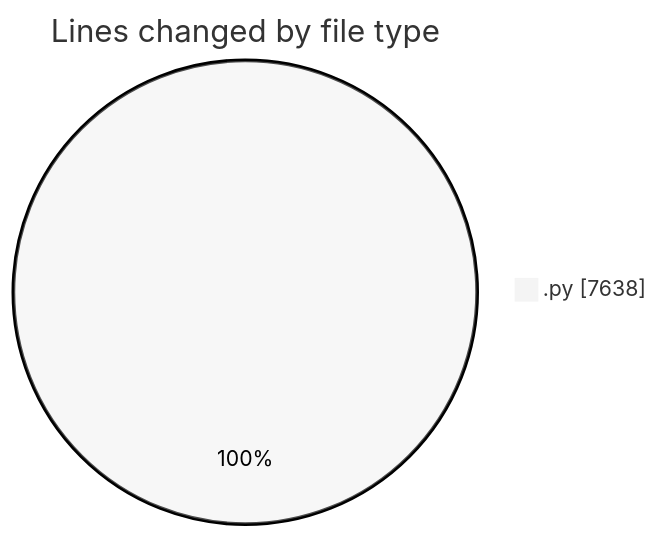
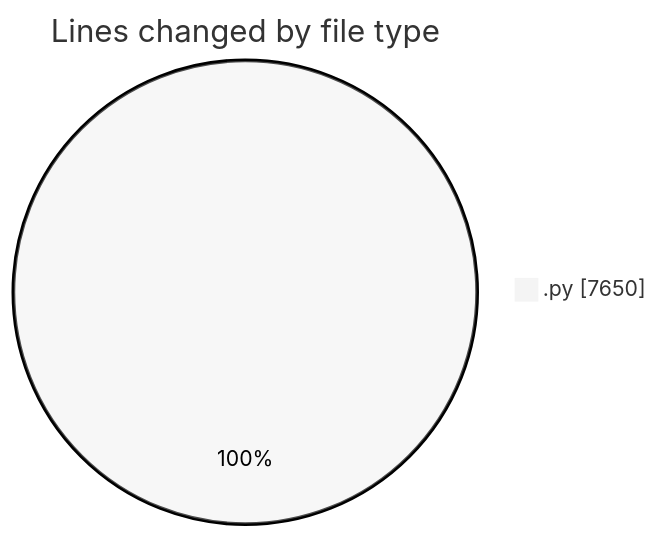
One commit to MatusMokan/code-tracking changed the first of 2 diagrams in 2025-04-18/myws__workspace_/README.md. Above: the diagram before and after it, drawn with Mermaid (neutral theme). The commit also changed other lines of this file and 1 other file, not shown here.

````diff
--- a/2025-04-18/myws__workspace_/README.md
+++ b/2025-04-18/myws__workspace_/README.md
@@ -25,5 +25,5 @@
 ```mermaid
 pie showData
 title Lines changed by file type
-".py" : 7638
+".py" : 7650
 ```
````
